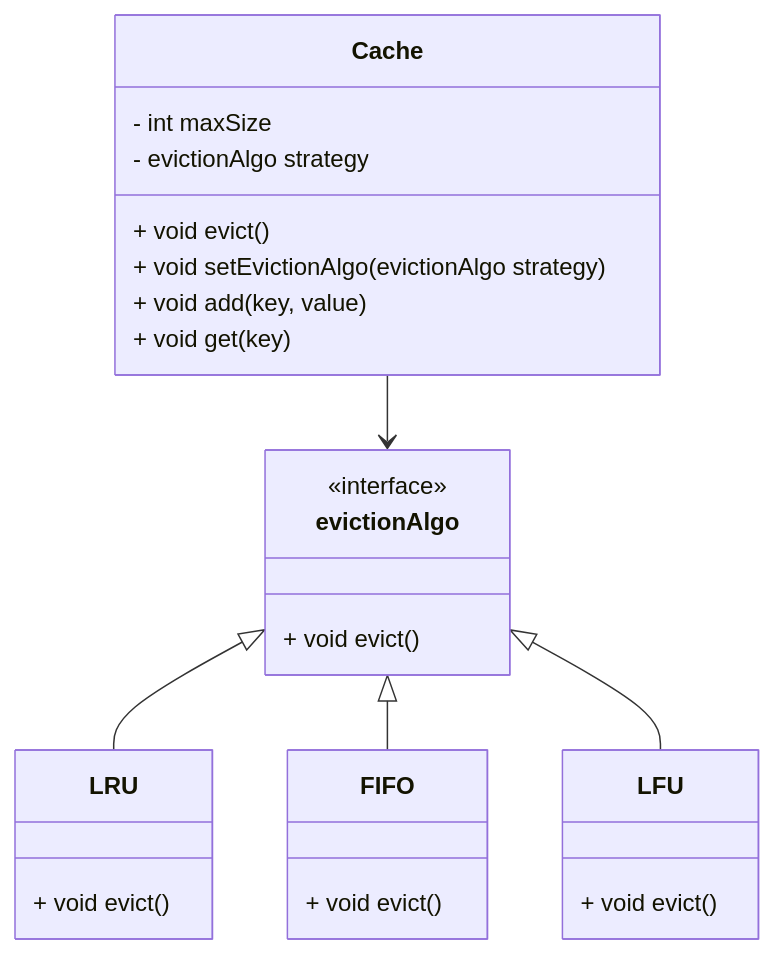
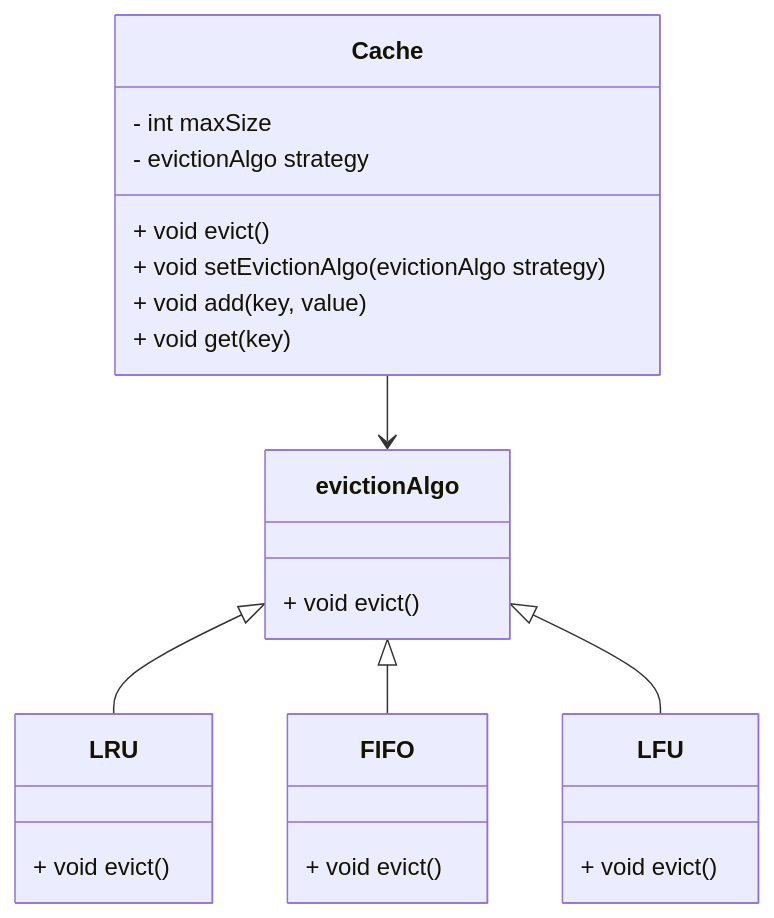
The first of 2 diagrams in docs/design-patterns/behavioral/strategy.md (Johnkhk/TechKnowledgeHub), drawn with Mermaid before and after one commit. The commit also changed 6 other files, not shown here.

````diff
--- a/docs/design-patterns/behavioral/strategy.md
+++ b/docs/design-patterns/behavioral/strategy.md
@@ -44,33 +44,32 @@
 ```mermaid
 classDiagram
     class Cache {
         - int maxSize
         - evictionAlgo strategy
         + void evict()
         + void setEvictionAlgo(evictionAlgo strategy)
         + void add(key, value)
         + void get(key)
     }
 
     class evictionAlgo {
-        <<interface>>
         + void evict()
     }
 
     Cache --> evictionAlgo
 
     class LRU {
         + void evict()
     }
     evictionAlgo <|-- LRU
 
     class FIFO {
         + void evict()
     }
     evictionAlgo <|-- FIFO
 
     class LFU {
         + void evict()
     }
     evictionAlgo <|-- LFU
 ```
````
